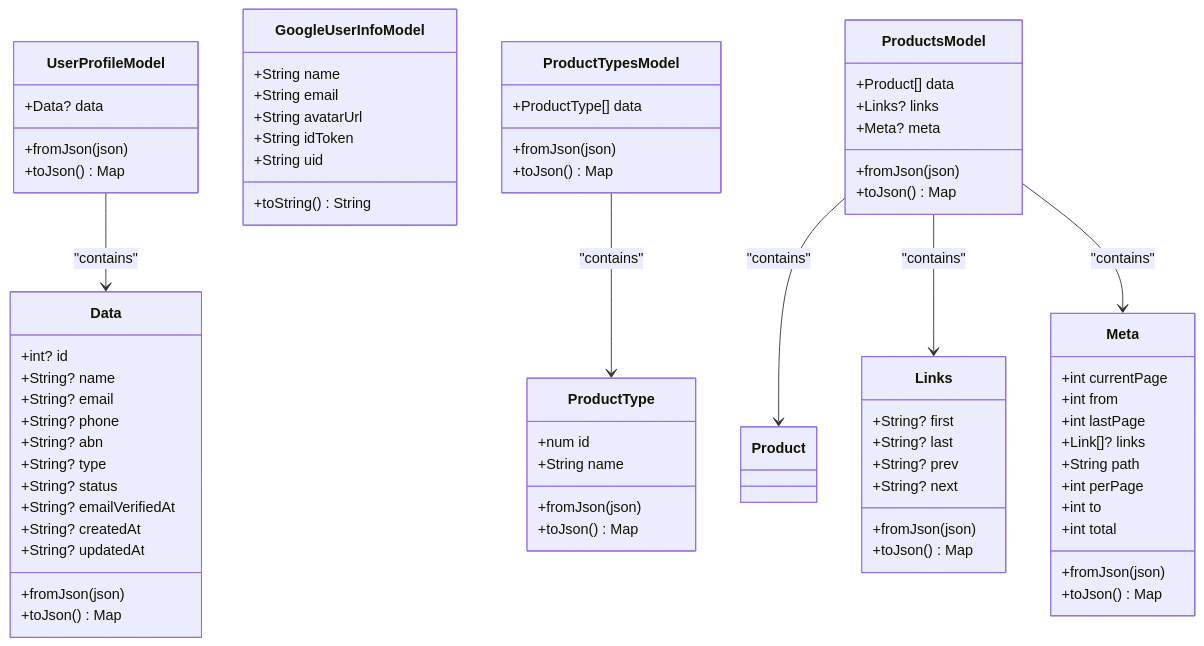
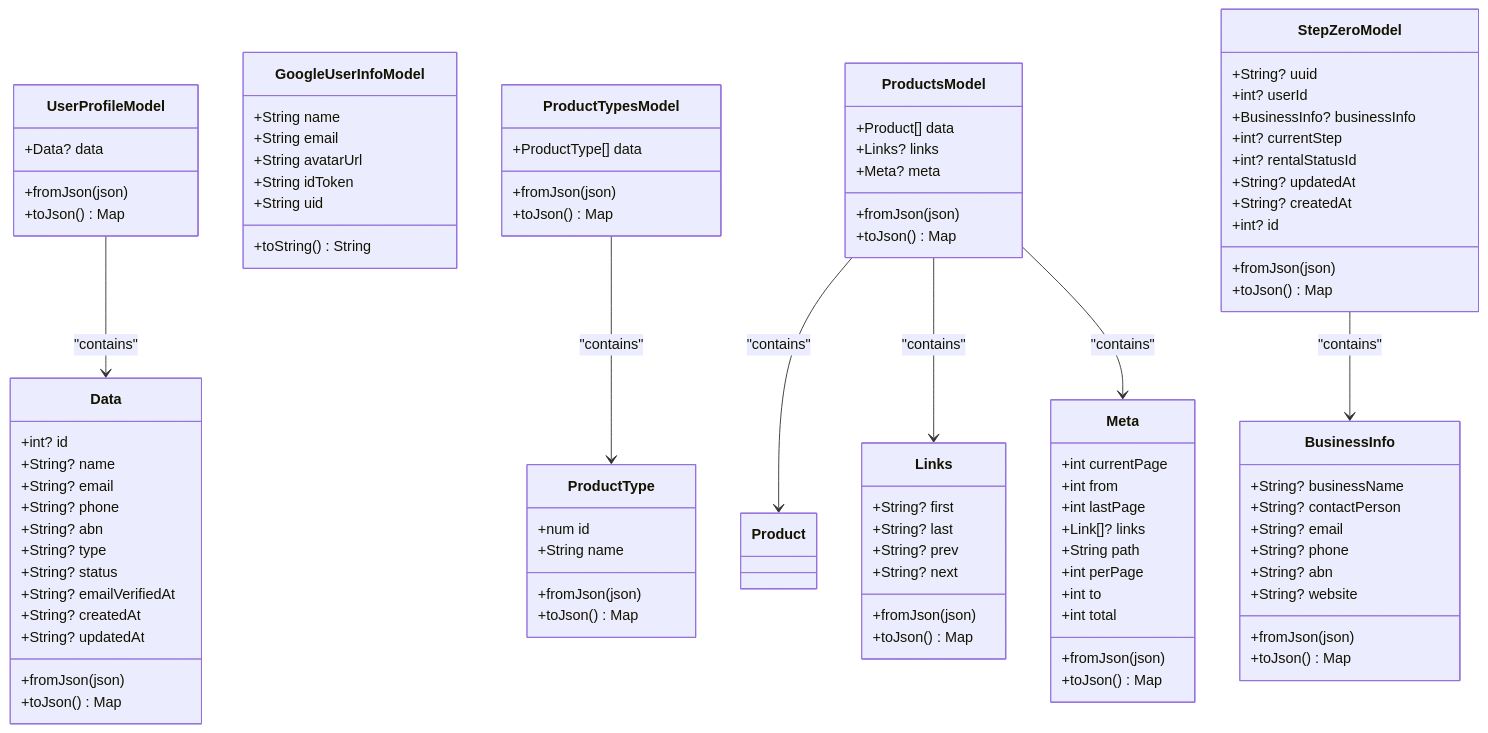
Before and after one commit to Ariful3111/FurniGo: the seventh of 12 diagrams in .qoder/repowiki/en/content/Architecture Overview/Data Layer Architecture.md, drawn with Mermaid. The commit also changed other lines of this file and 10 other files, not shown here.

````diff
--- a/.qoder/repowiki/en/content/Architecture Overview/Data Layer Architecture.md
+++ b/.qoder/repowiki/en/content/Architecture Overview/Data Layer Architecture.md
@@ -435,9 +575,32 @@
 +fromJson(json)
 +toJson() Map
 }
+class StepZeroModel {
++String? uuid
++int? userId
++BusinessInfo? businessInfo
++int? currentStep
++int? rentalStatusId
++String? updatedAt
++String? createdAt
++int? id
++fromJson(json)
++toJson() Map
+}
+class BusinessInfo {
++String? businessName
++String? contactPerson
++String? email
++String? phone
++String? abn
++String? website
++fromJson(json)
++toJson() Map
+}
 UserProfileModel --> Data : "contains"
 ProductTypesModel --> ProductType : "contains"
 ProductsModel --> Product : "contains"
 ProductsModel --> Links : "contains"
 ProductsModel --> Meta : "contains"
+StepZeroModel --> BusinessInfo : "contains"
 ```
````
